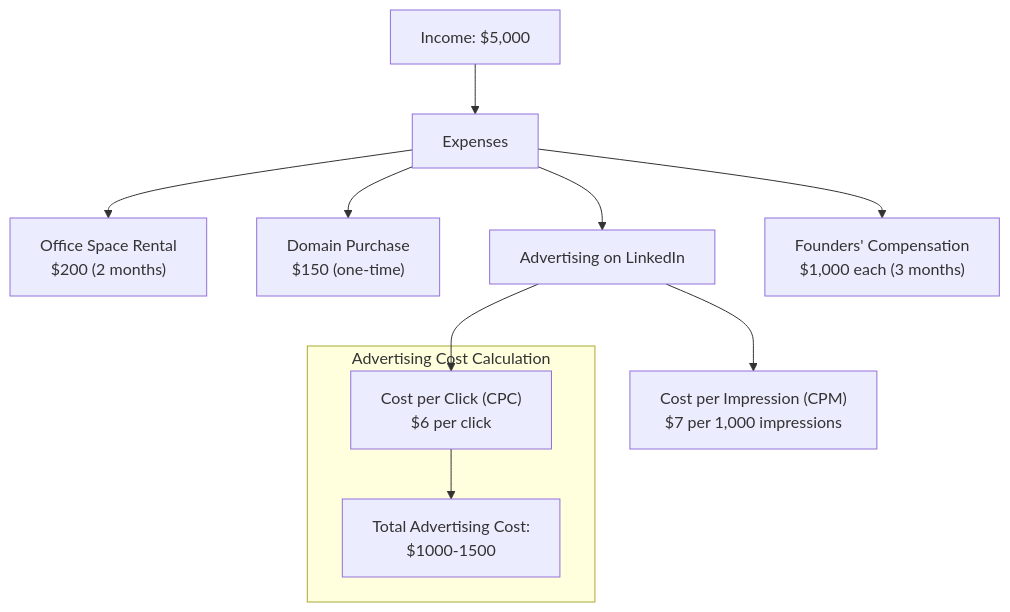
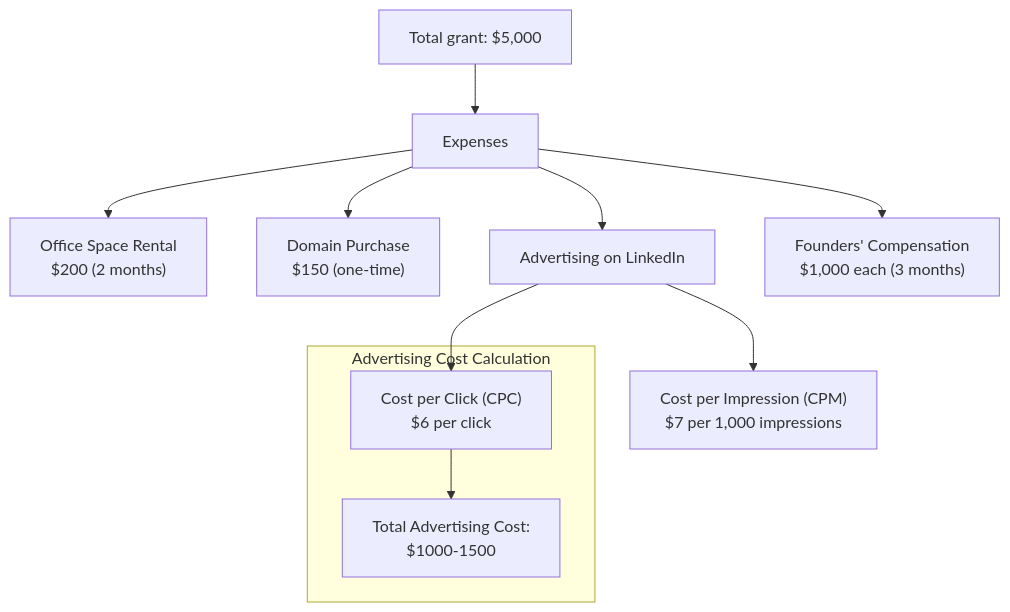
Before and after one commit to reorg-icp/Reorg: the first of 2 diagrams in Finance(July-September).md, drawn with Mermaid. The commit also changed other lines of this file, not shown here.

````diff
--- a/Finance(July-September).md
+++ b/Finance(July-September).md
@@ -1,41 +2,41 @@
 ```mermaid
 %% Define the chart layout
 graph TD;
 
   %% Income node
-  A[Income: $5,000]
+  A[Total grant: $5,000]
   
   %% Expenses node
   B[Expenses]
   
   %% Office space rental
   C["Office Space Rental<br>$200 (2 months)"]
   
   %% Domain purchase
   D["Domain Purchase<br>$150 (one-time)"]
   
   %% Advertising on LinkedIn
   E[Advertising on LinkedIn]
   
   %% CPC and CPM details
   F["Cost per Click (CPC)<br>$6 per click"]
   G["Cost per Impression (CPM)<br>$7 per 1,000 impressions"]
   
   %% Founders' compensation
   H["Founders' Compensation<br>$1,000 each (3 months)"]
   
   %% Connect nodes
   A --> B
   B --> C
   B --> D
   B --> E
   E --> F
   E --> G
   B --> H
 
   %% Calculate total advertising cost
   subgraph Advertising Cost Calculation
     F --> TotalAdsCost["Total Advertising Cost:<br>$1000-1500"]
   end
 
 ```
````
